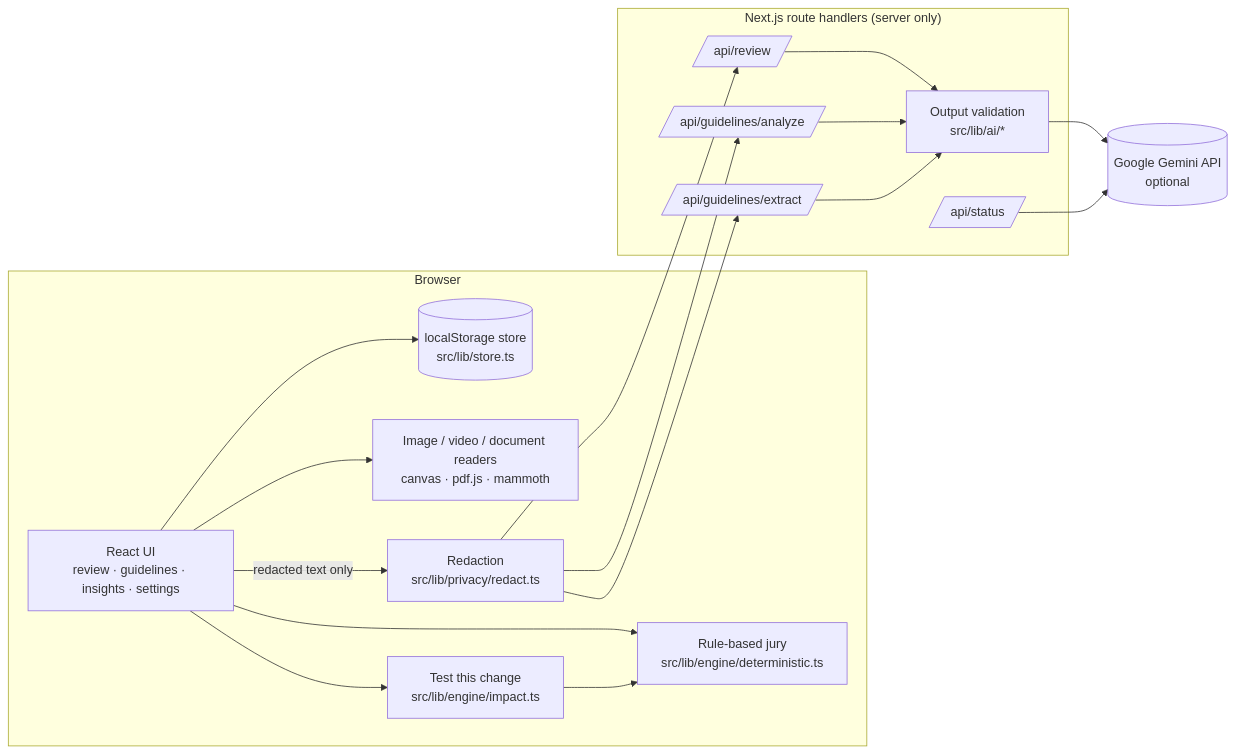
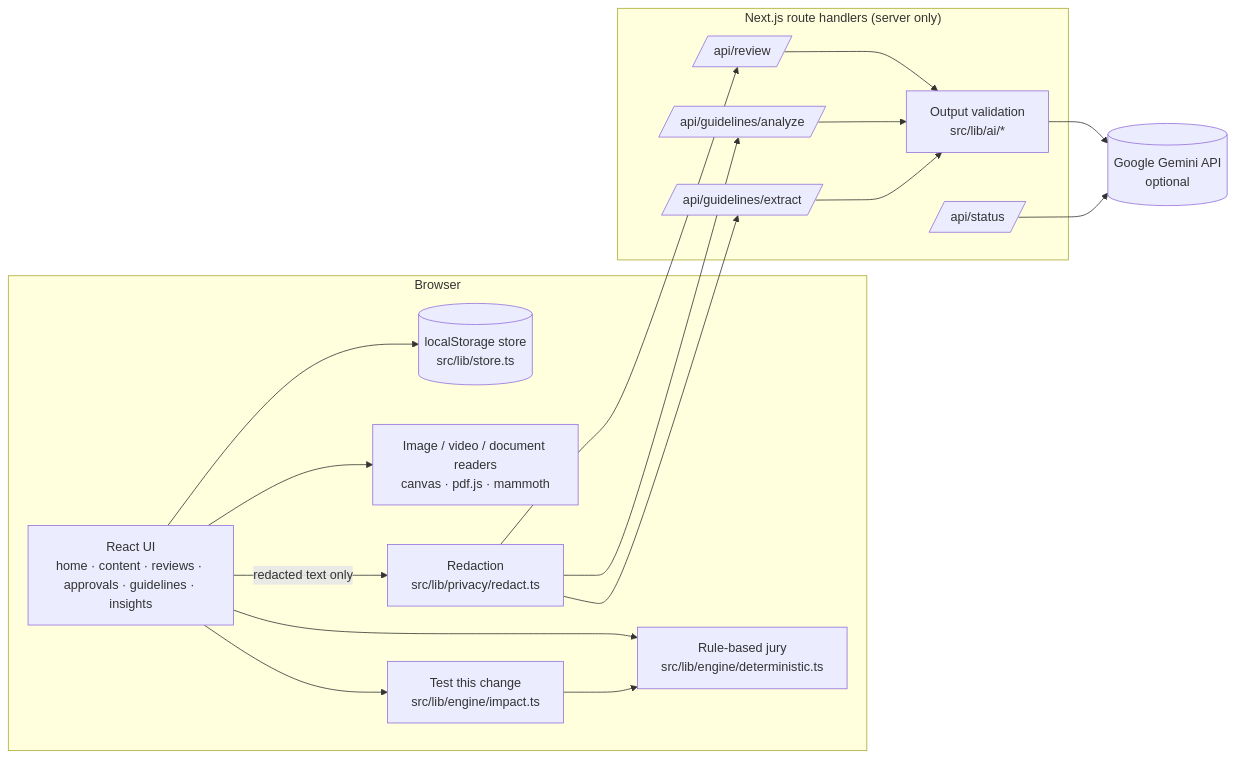
Before and after one commit to Hassan-2305/plumbline: the diagram in docs/ARCHITECTURE.md, drawn with Mermaid. The commit also changed other lines of this file and 55 other files, not shown here.

````diff
--- a/docs/ARCHITECTURE.md
+++ b/docs/ARCHITECTURE.md
@@ -5,28 +5,28 @@
 ```mermaid
 flowchart LR
   subgraph Browser
-    UI[React UI<br/>review · guidelines · insights · settings]
+    UI[React UI<br/>home · content · reviews · approvals · guidelines · insights]
     Store[(localStorage store<br/>src/lib/store.ts)]
     Det[Rule-based jury<br/>src/lib/engine/deterministic.ts]
     Media[Image / video / document readers<br/>canvas · pdf.js · mammoth]
     Red[Redaction<br/>src/lib/privacy/redact.ts]
     Impact[Test this change<br/>src/lib/engine/impact.ts]
   end
   subgraph Server["Next.js route handlers (server only)"]
     Review[/api/review/]
     Analyze[/api/guidelines/analyze/]
     Extract[/api/guidelines/extract/]
     Status[/api/status/]
     Val[Output validation<br/>src/lib/ai/*]
   end
   Gemini[(Google Gemini API<br/>optional)]
 
   UI --> Store
   UI --> Det
   UI --> Media
   UI --> Impact
   Impact --> Det
   UI -- redacted text only --> Red --> Review & Analyze & Extract
   Review & Analyze & Extract --> Val --> Gemini
   Status --> Gemini
 ```
````
